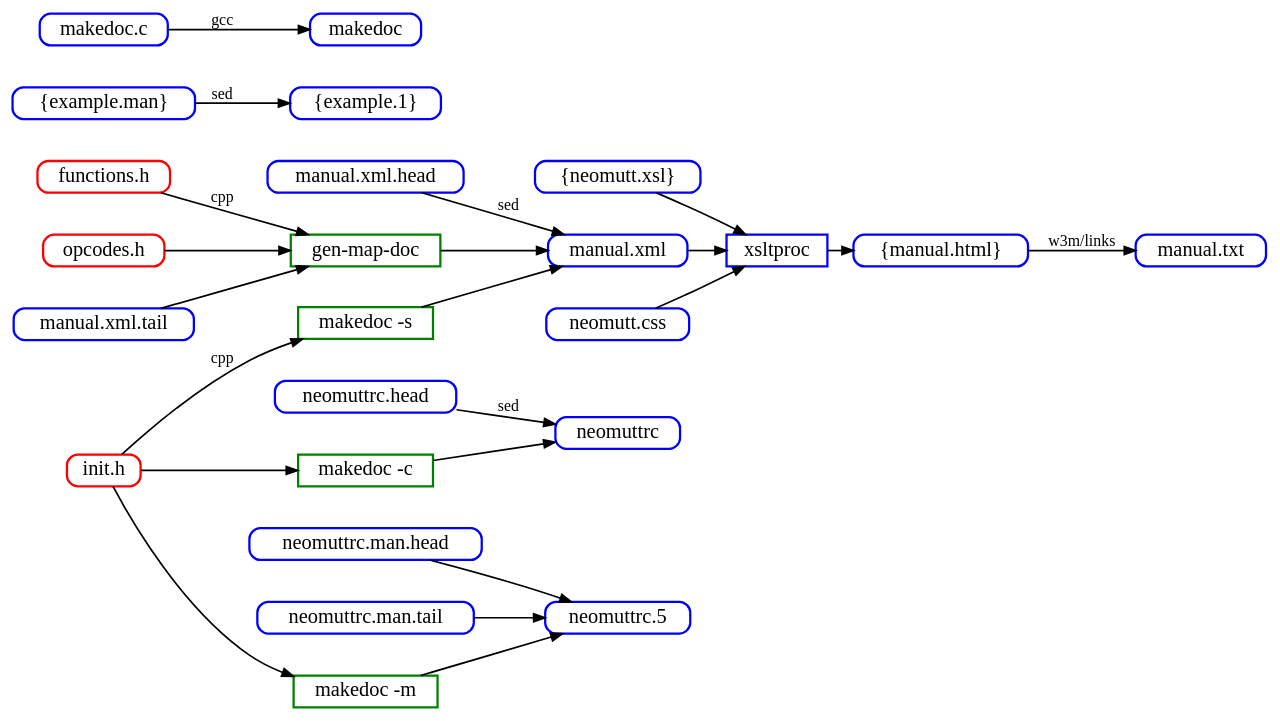
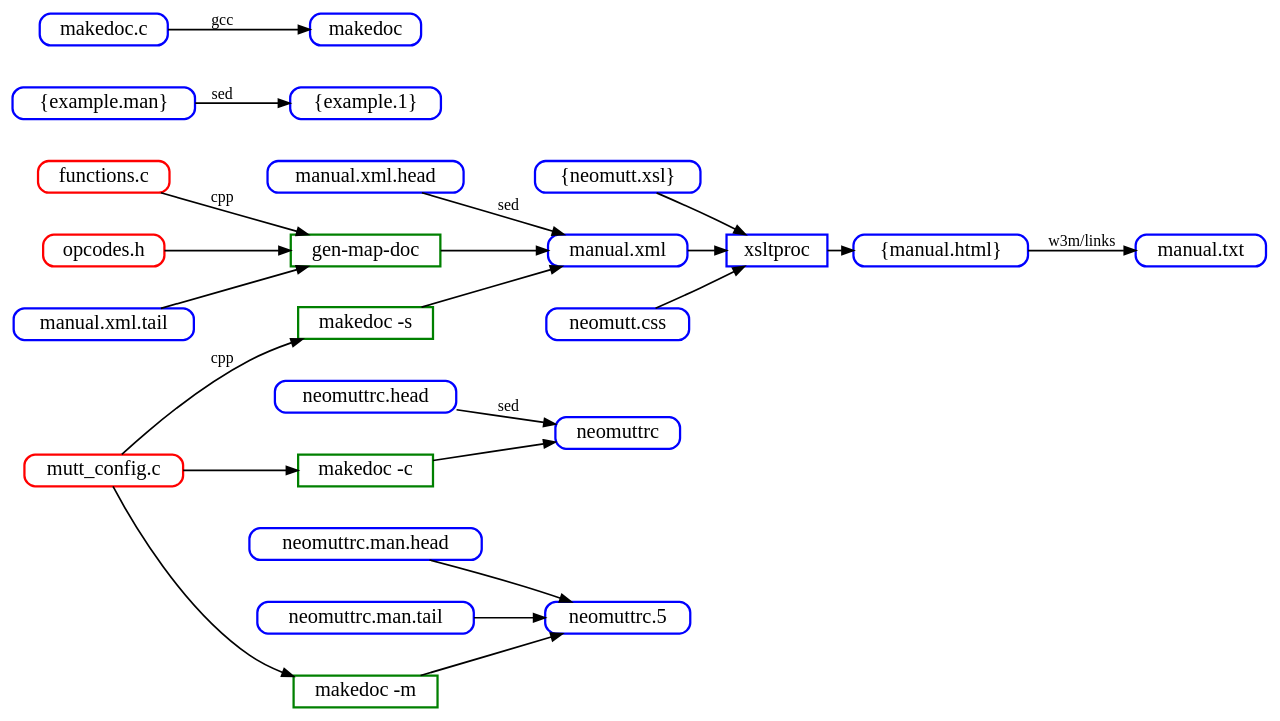
Before and after one commit to neomutt/neomutt.github.io: the diagram in images/make-docs.gv, drawn with Graphviz. The commit also changed other lines of this file and 3 other files, not shown here.

Commit message:
update build diagrams

```diff
--- a/images/make-docs.gv
+++ b/images/make-docs.gv
@@ -1,77 +1,77 @@
 digraph build {
 	graph [
 		rankdir="LR"
 		nodesep="0.5"
 		ranksep="0.3"
 	];
 
 	node [
 		shape="Mrecord"
 		style="solid"
 		height="0.2"
 		penwidth="2.0"
 		color="blue"
 		fontcolor="black"
 		fontsize="18"
 	];
 
 	edge [
 		penwidth="1.5"
 		color="#000000"
 		arrowsize="1.0"
 	];
 
 
-	functions_h      [ label="functions.h" color="red" ]
-	opcodes          [ label="opcodes.h"   color="red" ]
-	init_h           [ label="init.h"      color="red" ]
+	functions_c      [ label="functions.c"   color="red" ]
+	opcodes          [ label="opcodes.h"     color="red" ]
+	mutt_config_c    [ label="mutt_config.c" color="red" ]
 
 	lots_1             [ label="\{example.1\}"         ]
 	lots_man           [ label="\{example.man\}"       ]
 	lots_xsl           [ label="\{neomutt.xsl\}"       ]
 	makedoc_src        [ label="makedoc.c"             ]
 	manual_html        [ label="\{manual.html\}"       ]
 	manual_txt         [ label="manual.txt"            ]
 	manual_xml         [ label="manual.xml"            ]
 	manual_xml_head    [ label="manual.xml.head"       ]
 	manual_xml_tail    [ label="manual.xml.tail"       ]
 	neomuttrc          [ label="neomuttrc"             ]
 	neomuttrc_head     [ label="neomuttrc.head"        ]
 	neomuttrc_man      [ label="neomuttrc.5"           ]
 	neomuttrc_man_head [ label="neomuttrc.man.head"    ]
 	neomuttrc_man_tail [ label="neomuttrc.man.tail"    ]
 	neomutt_css        [ label="neomutt.css"           ]
 
 	gen_map_doc   [ label="gen-map-doc" color="green" shape="box" ]
 	makedoc_c     [ label="makedoc -c" color="green" shape="box" ]
 	makedoc_m     [ label="makedoc -m" color="green" shape="box" ]
 	makedoc_s     [ label="makedoc -s" color="green" shape="box" ]
 	xsltproc      [ label="xsltproc" shape="box" ]
 
 	lots_man -> lots_1 [ label="sed" ]
 
 	manual_xml  -> xsltproc
 	lots_xsl    -> xsltproc
 	neomutt_css -> xsltproc
 	xsltproc    -> manual_html
 	manual_html -> manual_txt [ label="w3m/links" ]
 
-	init_h             -> makedoc_m
+	mutt_config_c      -> makedoc_m
 	neomuttrc_man_head -> neomuttrc_man
 	makedoc_m          -> neomuttrc_man
 	neomuttrc_man_tail -> neomuttrc_man
 
 	neomuttrc_head -> neomuttrc [ label="sed" ]
-	init_h         -> makedoc_c
+	mutt_config_c  -> makedoc_c
 	makedoc_c      -> neomuttrc
 
 	makedoc_src     -> makedoc    [ label="gcc" ]
 	manual_xml_head -> manual_xml [ label="sed" ]
 
 	manual_xml_tail -> gen_map_doc
 	opcodes         -> gen_map_doc
 	gen_map_doc     -> manual_xml
-	init_h          -> makedoc_s [ label="cpp" ]
+	mutt_config_c   -> makedoc_s [ label="cpp" ]
 	makedoc_s       -> manual_xml
-	functions_h     -> gen_map_doc [ label="cpp" ]
+	functions_c     -> gen_map_doc [ label="cpp" ]
 }
```
